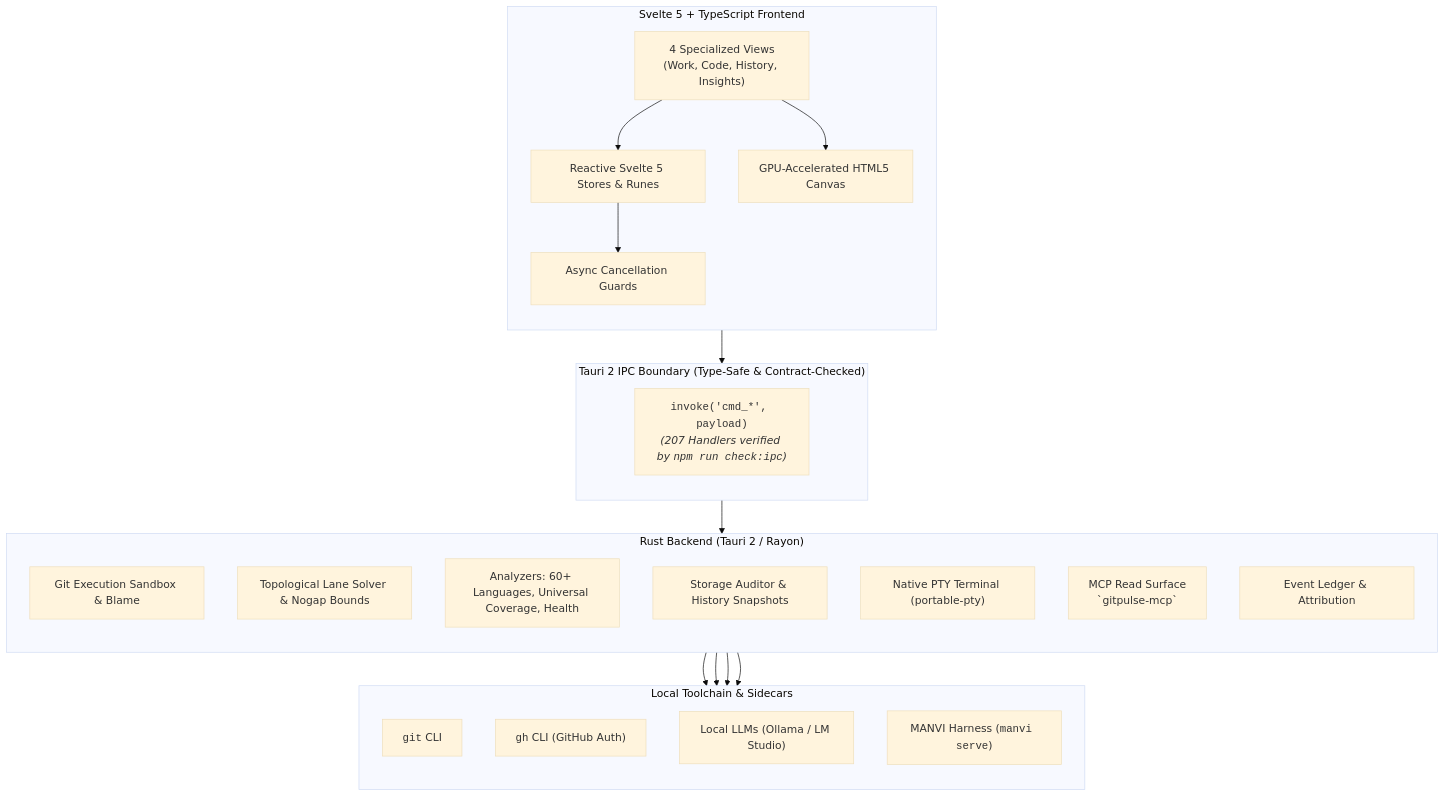
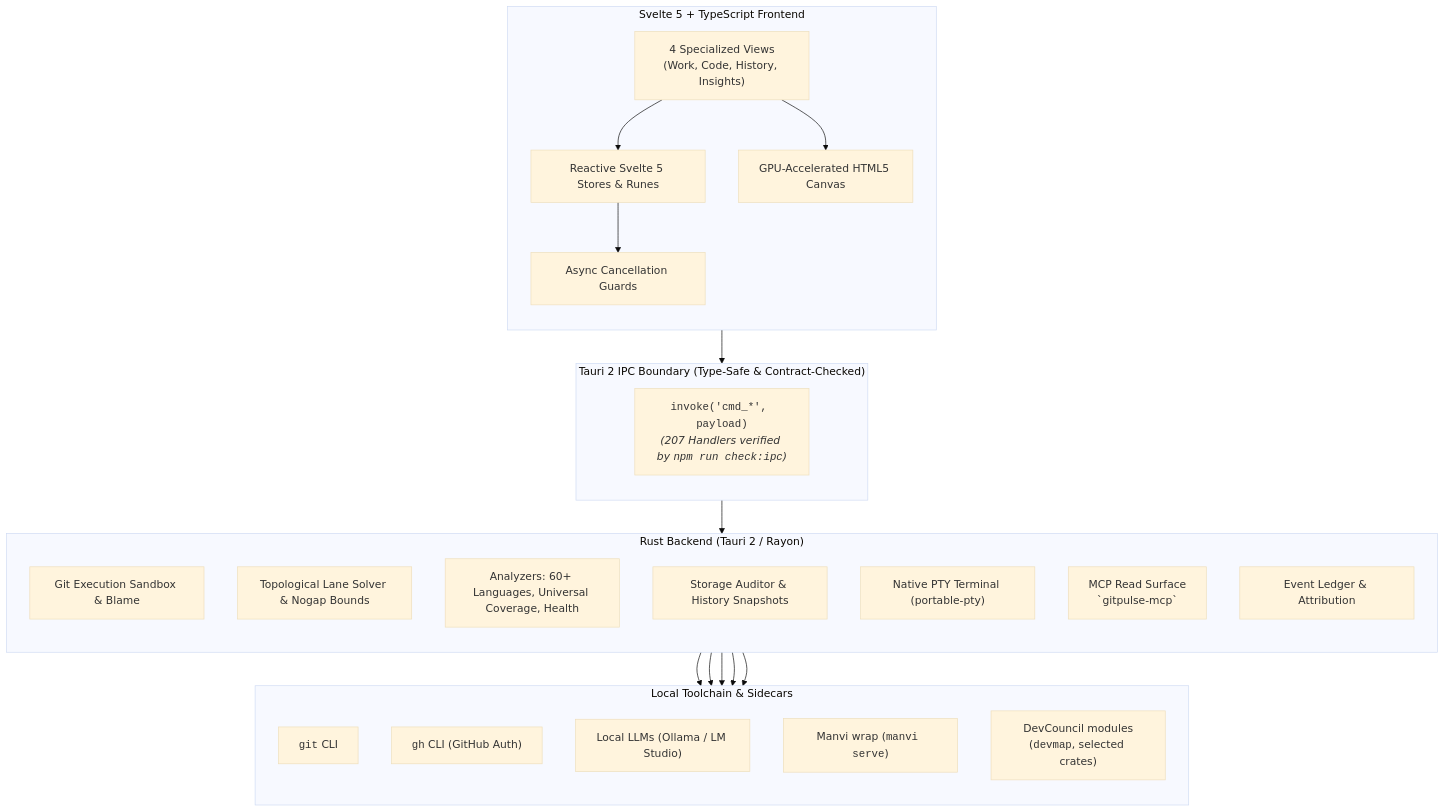
The first of 4 diagrams in README.md (bharathvbcr/GitPulse), drawn with Mermaid (base theme) before and after one commit. The commit also changed other lines of this file and 90 other files, not shown here.

````diff
--- a/README.md
+++ b/README.md
@@ -53,45 +65,47 @@
 ```mermaid
 flowchart TB
     subgraph Frontend["Svelte 5 + TypeScript Frontend"]
         direction TB
         Views["4 Specialized Views<br/>(Work, Code, History, Insights)"]
         Stores["Reactive Svelte 5 Stores & Runes"]
         CanvasEngine["GPU-Accelerated HTML5 Canvas"]
         AsyncGuards["Async Cancellation Guards"]
         
         Views --> Stores
         Views --> CanvasEngine
         Stores --> AsyncGuards
     end
 
     subgraph IPC["Tauri 2 IPC Boundary (Type-Safe & Contract-Checked)"]
         direction TB
         IPCBridge["<code>invoke('cmd_*', payload)</code><br/><i>(207 Handlers verified by <code>npm run check:ipc</code>)</i>"]
     end
 
     subgraph Backend["Rust Backend (Tauri 2 / Rayon)"]
         direction TB
         GitSandbox["Git Execution Sandbox & Blame"]
         GraphSolver["Topological Lane Solver & Nogap Bounds"]
         Analyzers["Analyzers: 60+ Languages, Universal Coverage, Health"]
         StorageEngine["Storage Auditor & History Snapshots"]
         TerminalPTY["Native PTY Terminal (portable-pty)"]
         MCPServer["MCP Read Surface<br/>`gitpulse-mcp`"]
         Ledger["Event Ledger & Attribution"]
     end
 
     subgraph LocalTools["Local Toolchain & Sidecars"]
         direction TB
         GitCLI["<code>git</code> CLI"]
         GhCLI["<code>gh</code> CLI (GitHub Auth)"]
         LocalAI["Local LLMs (Ollama / LM Studio)"]
-        ManviSidecar["MANVI Harness (<code>manvi serve</code>)"]
+        ManviSidecar["Manvi wrap (<code>manvi serve</code>)"]
+        DevCouncilMods["DevCouncil modules<br/>(<code>devmap</code>, selected crates)"]
     end
 
     AsyncGuards --> IPCBridge
     IPCBridge --> Backend
     GitSandbox --> GitCLI
     Analyzers --> GhCLI
     Analyzers --> LocalAI
     Backend --> ManviSidecar
+    Backend --> DevCouncilMods
 ```
````
